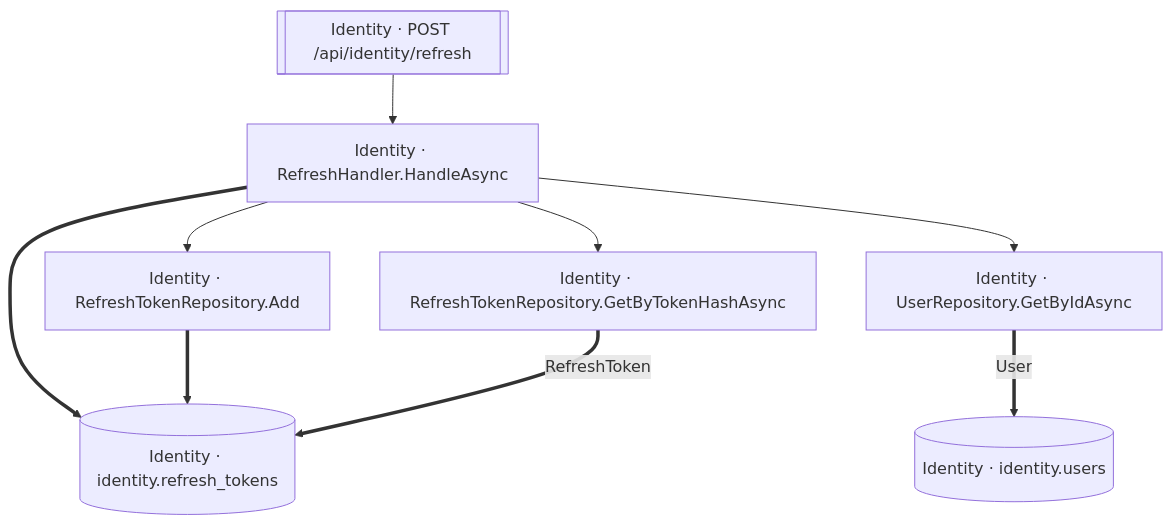
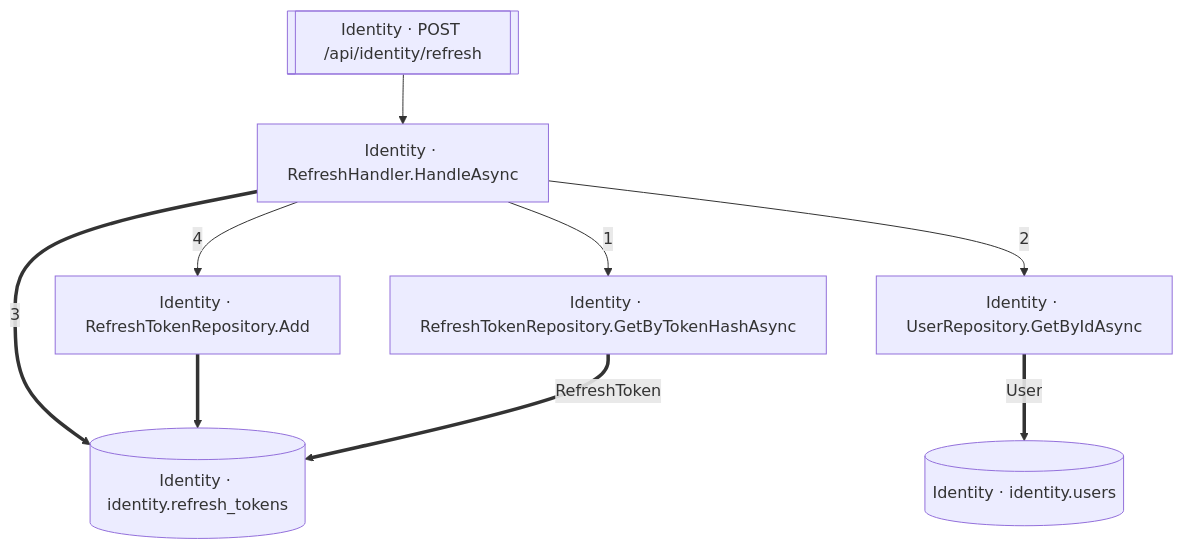
Before and after one commit to onurnafiguzel/FlowLens: the diagram in out/flows/post-api-identity-refresh.md, drawn with Mermaid. The commit also changed other lines of this file and 28 other files, not shown here.

Commit message:
feat(graph): record call sites on CALLS edges and feat(docs): order sibling edges by source position, number call sites and docs: regenerate site with source-ordered flow diagrams

````diff
--- a/out/flows/post-api-identity-refresh.md
+++ b/out/flows/post-api-identity-refresh.md
@@ -7,19 +7,19 @@
 ```mermaid
 flowchart TD
   n0["Identity · RefreshHandler.HandleAsync"]
   n1["Identity · RefreshTokenRepository.Add"]
   n2["Identity · RefreshTokenRepository.GetByTokenHashAsync"]
   n3["Identity · UserRepository.GetByIdAsync"]
   n4[["Identity · POST /api/identity/refresh"]]
   n5[("Identity · identity.refresh_tokens")]
   n6[("Identity · identity.users")]
 
-  n0 --> n1
-  n0 --> n2
-  n0 --> n3
-  n0 ==> n5
+  n0 -->|"1"| n2
+  n0 -->|"2"| n3
+  n0 ==>|"3"| n5
+  n0 -->|"4"| n1
   n1 ==> n5
   n2 ==>|"RefreshToken"| n5
   n3 ==>|"User"| n6
   n4 --> n0
 ```
````
